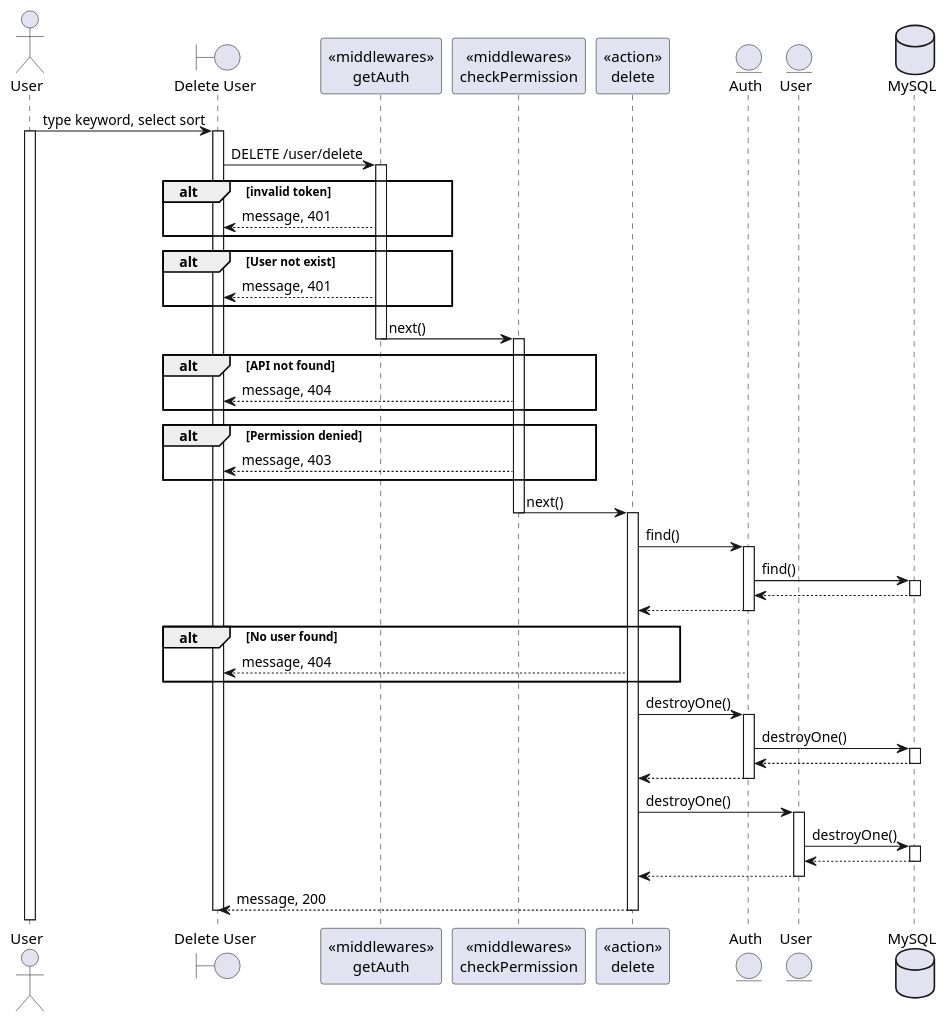
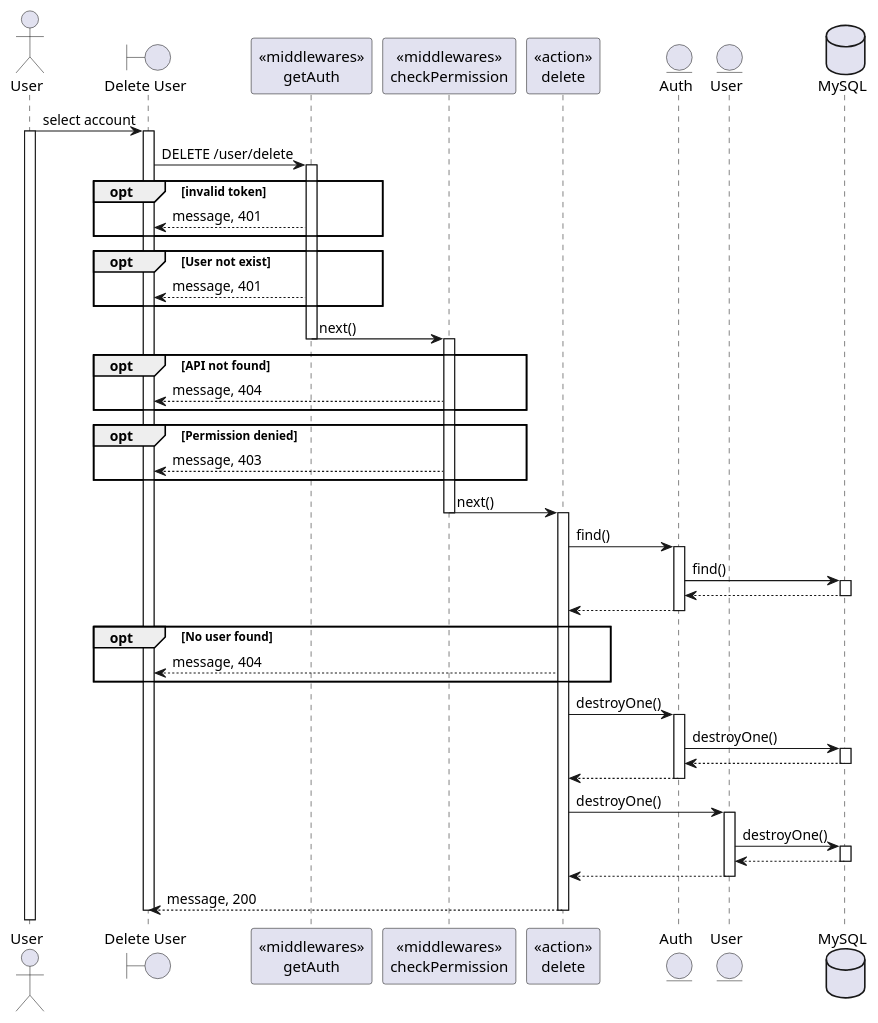
The diagram in SequeceDiagram/user/delete.wsd (BunnyButtpowder/TeleLink-Original), drawn with PlantUML before and after one commit. The commit also changed 13 other files, not shown here.

Commit message:
fix update call result api and add some sequence diagram

```diff
--- a/SequeceDiagram/user/delete.wsd
+++ b/SequeceDiagram/user/delete.wsd
@@ -1,72 +1,72 @@
 @startuml
 actor User
 boundary "Delete User" as Client
 participant "<<middlewares>>\ngetAuth" as mid1
 participant "<<middlewares>>\ncheckPermission" as mid2
 participant "<<action>>\ndelete" as Controller
 entity "Auth" as Model1
 entity "User" as Model2
 database "MySQL" as DB
 
-User -> Client: type keyword, select sort
+User -> Client: select account
 activate User
 activate Client
 Client -> mid1: DELETE /user/delete
 activate mid1
-alt invalid token 
+opt invalid token 
 mid1 --> Client: message, 401
 end
-alt User not exist
+opt User not exist
 mid1 --> Client: message, 401
 end
 mid1 -> mid2: next()
 deactivate mid1
 activate mid2
-alt API not found
+opt API not found
 mid2 --> Client: message, 404
 end
-alt Permission denied
+opt Permission denied
 mid2 --> Client: message, 403
 end
 mid2 -> Controller: next()
 deactivate mid2
 activate Controller
 Controller -> Model1: find()
 activate Model1
 Model1 -> DB: find()
 activate DB
 DB --> Model1
 deactivate DB
 Model1 --> Controller
 deactivate Model1
-alt No user found
+opt No user found
 Controller --> Client: message, 404
 end
 Controller -> Model1: destroyOne()
 activate Model1
 Model1 -> DB: destroyOne()
 activate DB
 DB --> Model1
 deactivate DB
 Model1 --> Controller
 deactivate Model1
 Controller -> Model2: destroyOne()
 activate Model2
 Model2 -> DB: destroyOne()
 activate DB
 DB --> Model2
 deactivate DB
 Model2 --> Controller
 deactivate Model2
 Controller --> Client: message, 200
 deactivate Controller
 
 
 
 
 
 
 
 deactivate Client
 
 @enduml
```
